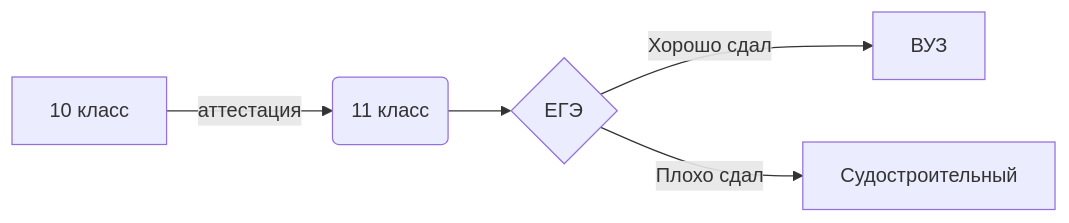
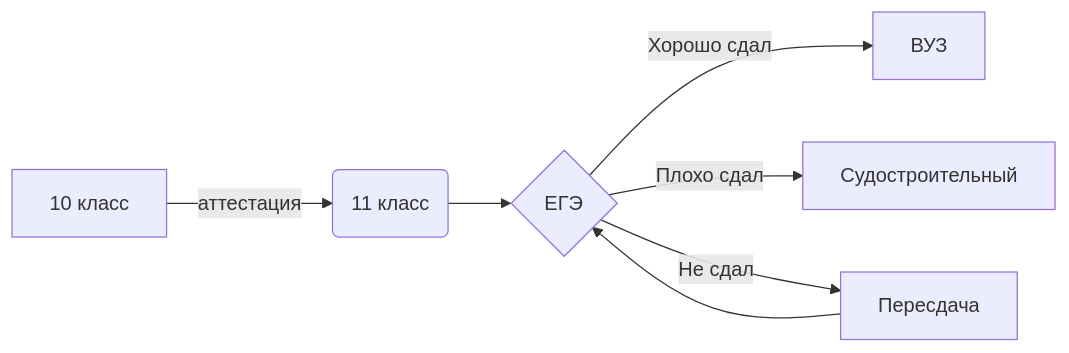
The diagram in README.md (spodinaanastacia/ihatethissite-), drawn with Mermaid before and after one commit.

````diff
--- a/README.md
+++ b/README.md
@@ -14,7 +14,9 @@
 ```mermaid 
 flowchart LR
 A[10 класс] -->|аттестация| B(11 класс)
 B --> C{ЕГЭ}
 C -->|Хорошо сдал| D[ВУЗ]
 C -->|Плохо сдал| E[Судостроительный]
+C -->|Не сдал| F[Пересдача]
+F --> C
 ```
````
